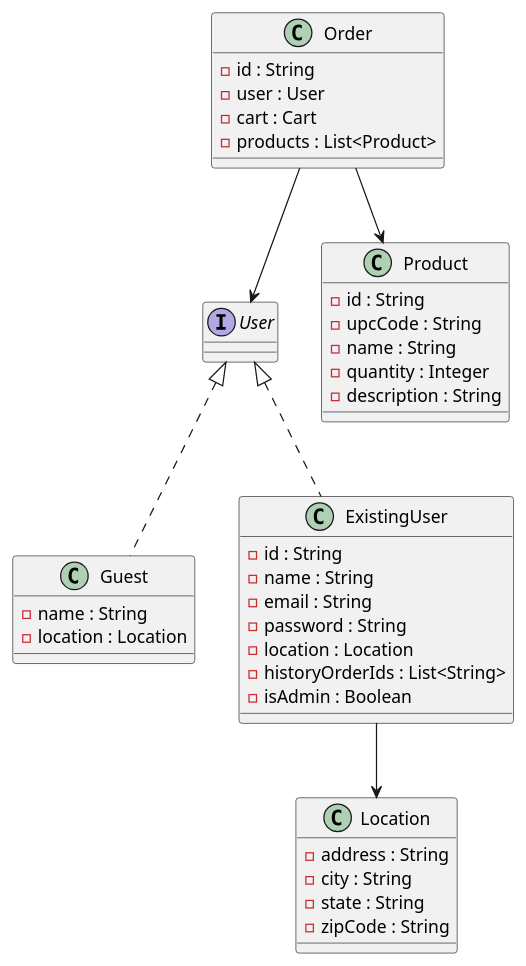
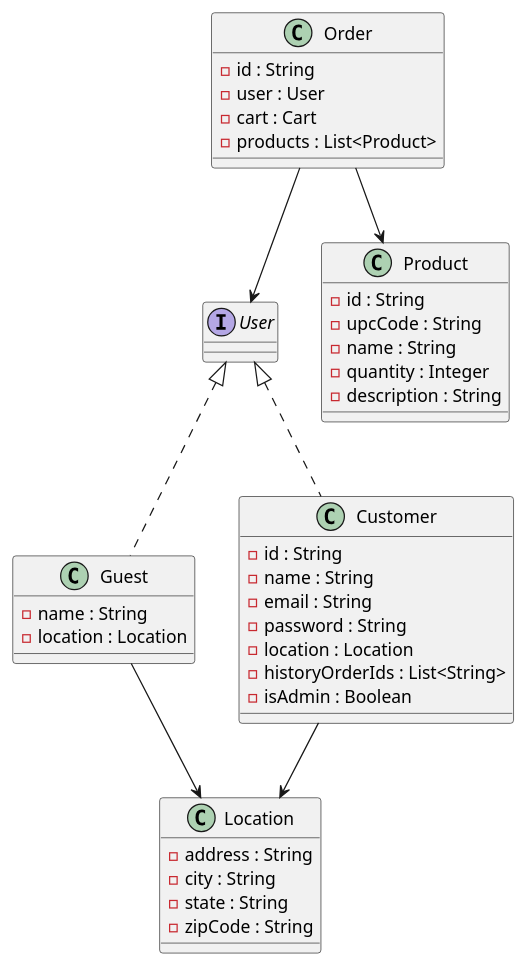
Before and after one commit to sylviamohos/CoolWithCouleBackend: the diagram in project_documents/Design/GeneralClassDiagram.puml, drawn with PlantUML. The commit also changed 9 other files, not shown here.

Commit message:
Added UML sequence diagrams.  Changed GeneralClassDiagram's ExistingUser Class to Customer to avoid confusion.  We need to Discuss how to implement CheckoutRequest

```diff
--- a/project_documents/Design/GeneralClassDiagram.puml
+++ b/project_documents/Design/GeneralClassDiagram.puml
@@ -1,47 +1,50 @@
 @startuml
 
 interface User{
 }
 class Guest implements User{
 -name : String
 -location : Location
 }
-class ExistingUser implements User{
+
+' Changed Existing User to Customer for simplicity in naming other classes -Jackson
+class Customer implements User{
 -id : String
 -name : String
 -email : String
 -password : String
 -location : Location
 -historyOrderIds : List<String>
 -isAdmin : Boolean
 }
 
 class Order{
 -id : String
 -user : User
 -cart : Cart
 -products : List<Product>
 }
 
 class Product{
 -id : String
 -upcCode : String
 -name : String
 -quantity : Integer
 -description : String
 }
 
 class Location{
 -address : String
 -city : String
 -state : String
 -zipCode : String
 }
 
 
-ExistingUser --> Location
+Customer --> Location
+Guest --> Location
 Order --> User
 Order--> Product
 
 
 @enduml
```
